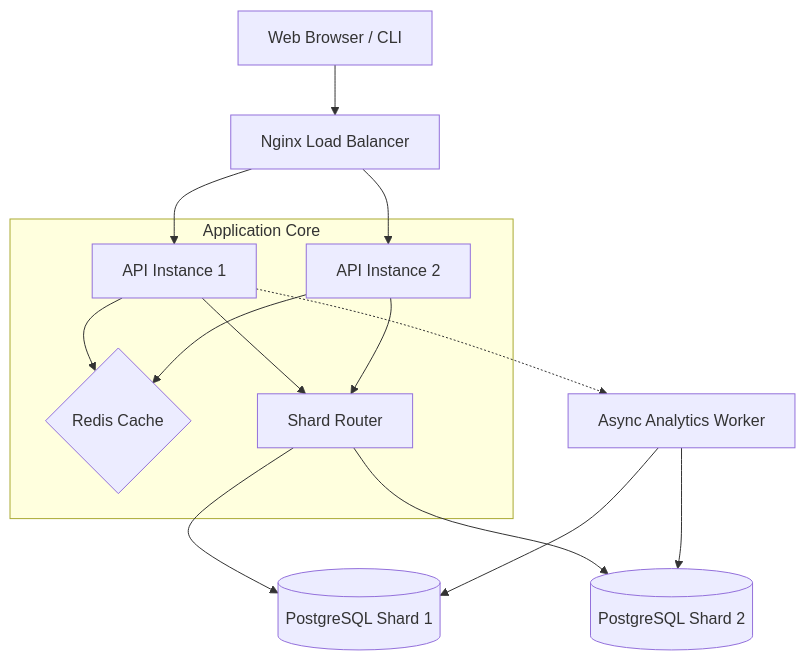
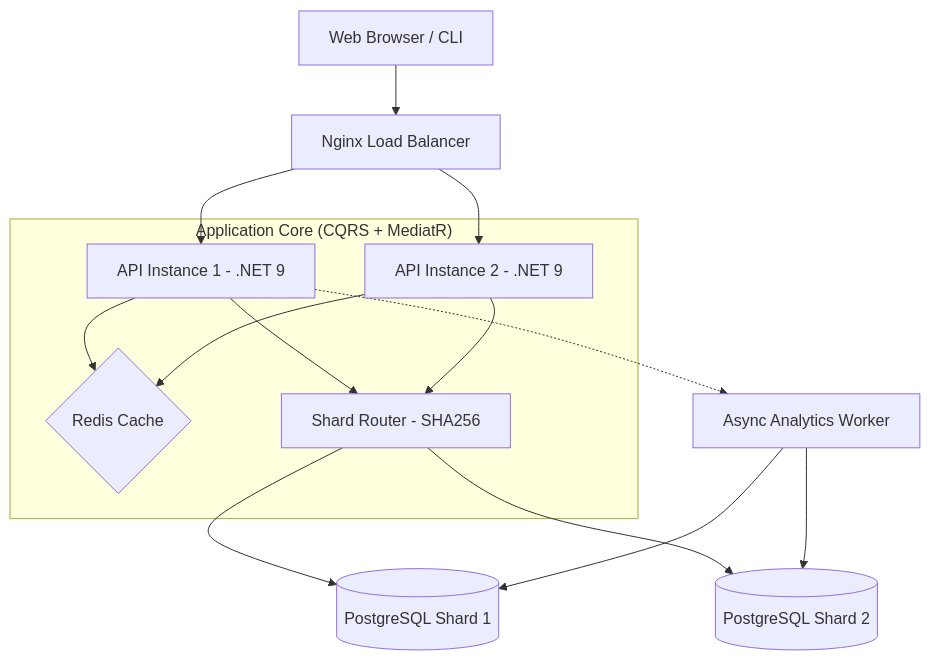
One commit to Chanukacnm/Month-1-BMAD-Project--High-Scale-URL-Shortener- changed the diagram in README.md. Above: the diagram before and after it, drawn with Mermaid. The commit also changed other lines of this file and 356 other files, not shown here.

````diff
--- a/README.md
+++ b/README.md
@@ -21,20 +28,20 @@
 ```mermaid
 graph TD
     Client[Web Browser / CLI] --> LB[Nginx Load Balancer]
-    LB --> API1[API Instance 1]
-    LB --> API2[API Instance 2]
+    LB --> API1[API Instance 1 - .NET 9]
+    LB --> API2[API Instance 2 - .NET 9]
     
-    subgraph "Application Core"
+    subgraph "Application Core (CQRS + MediatR)"
         API1 --> Cache{Redis Cache}
         API2 --> Cache
-        API1 --> Router[Shard Router]
+        API1 --> Router[Shard Router - SHA256]
         API2 --> Router
     end
     
     Router --> S1[(PostgreSQL Shard 1)]
     Router --> S2[(PostgreSQL Shard 2)]
     
     API1 -.-> Analytics[Async Analytics Worker]
     Analytics --> S1
     Analytics --> S2
 ```
````
